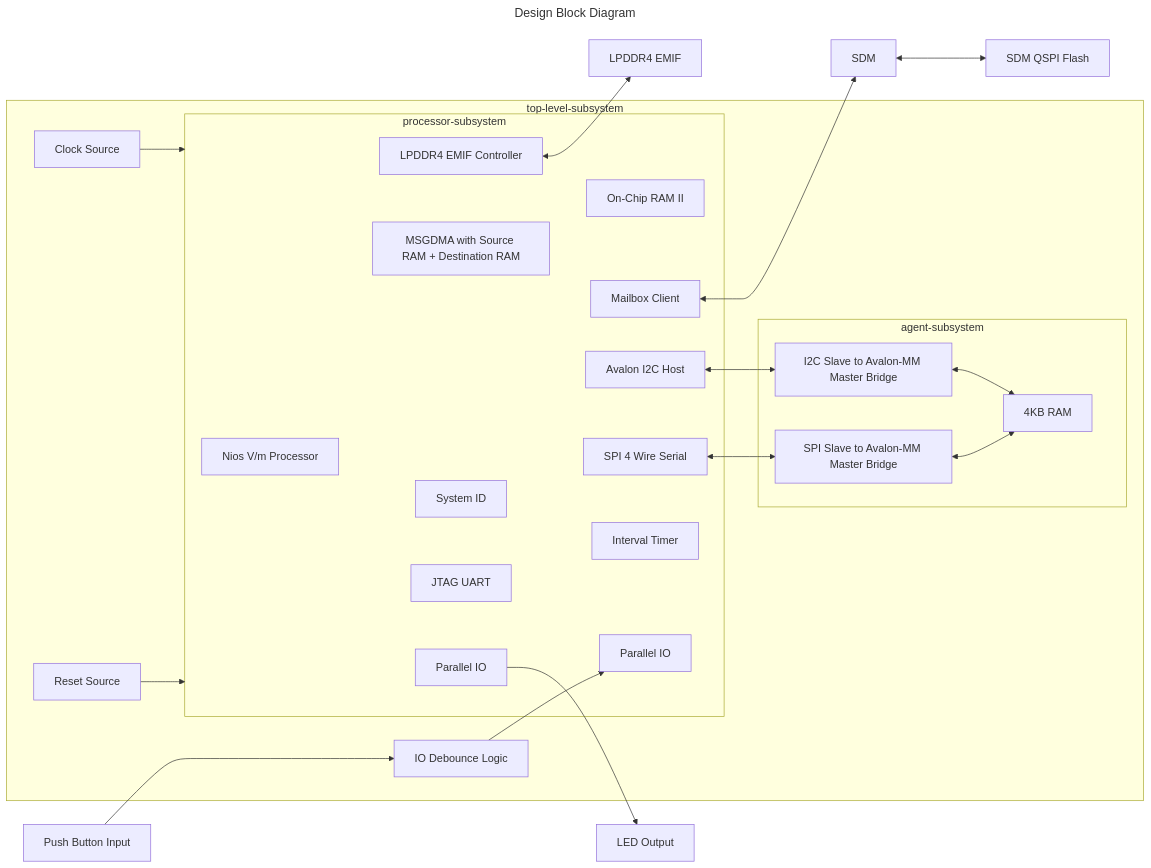
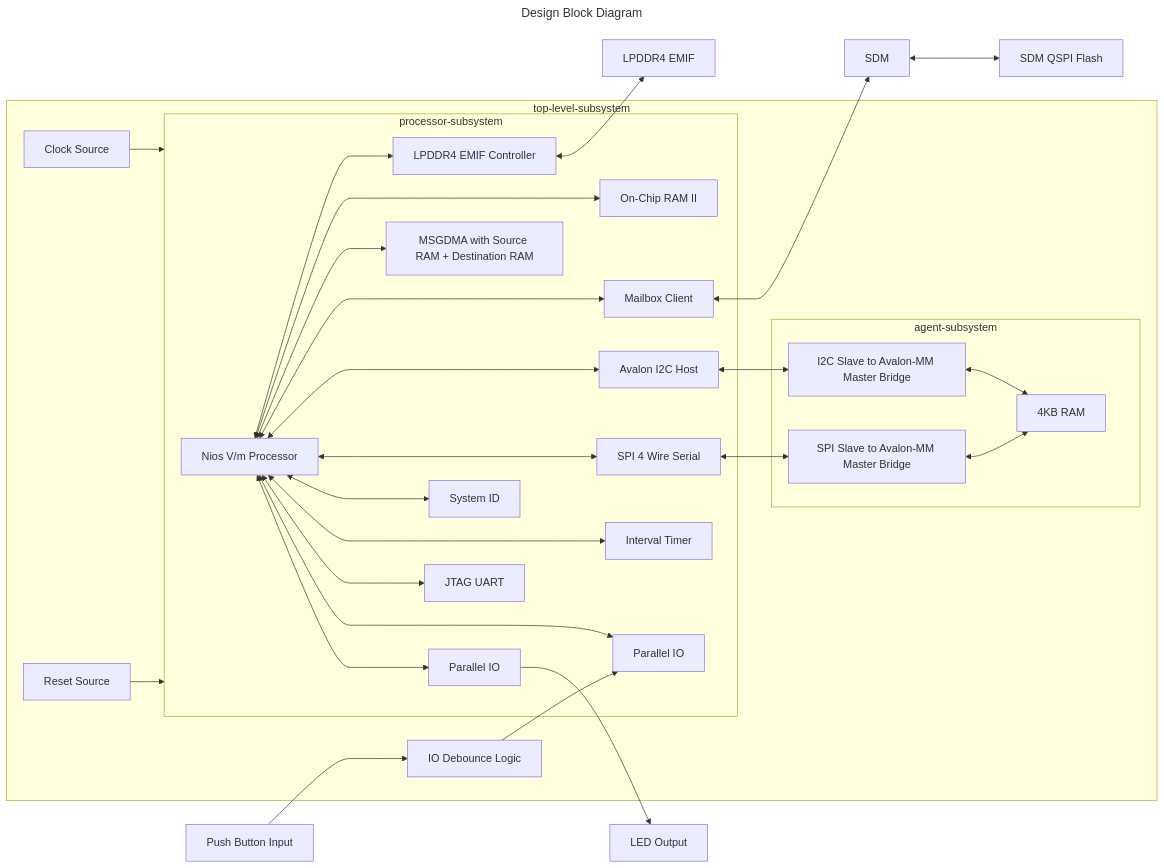
The second of 2 diagrams in docs/embedded-designs/agilex-5/e-series/premium/niosv/niosv_m/niosv_m_full_feature_ghrd/ug-full-feature-ghrd-agx5e-premium.md (altera-fpga/altera-fpga.github.io), drawn with Mermaid before and after one commit. The commit also changed 230 other files, not shown here.

````diff
--- a/docs/embedded-designs/agilex-5/e-series/premium/niosv/niosv_m/niosv_m_full_feature_ghrd/ug-full-feature-ghrd-agx5e-premium.md
+++ b/docs/embedded-designs/agilex-5/e-series/premium/niosv/niosv_m/niosv_m_full_feature_ghrd/ug-full-feature-ghrd-agx5e-premium.md
@@ -82,48 +82,48 @@
 ```mermaid 
 ---
 title: Design Block Diagram
 config:
   flowchart:
 ---
 
 flowchart LR
     W[LPDDR4 EMIF]
     U[SDM QSPI Flash]
     T[LED Output]
     S[Push Button Input]
     V[SDM]
 subgraph top-level-subsystem
     Z[Clock Source]
     Y[Reset Source]
     X[IO Debounce Logic]
 subgraph processor-subsystem
     A[Nios V/m Processor]
-    A ~~~ G[LPDDR4 EMIF Controller]
-    A ~~~~ C[On-Chip RAM II]
-    A ~~~ H[MSGDMA with Source RAM + Destination RAM]
-    A ~~~~ K[Mailbox Client]
-    A ~~~~ L[Avalon I2C Host]
-    A ~~~~ M[SPI 4 Wire Serial]
-    A ~~~ F[System ID]
-    A ~~~~ N[Interval Timer]
-    A ~~~ D[JTAG UART]
-    A ~~~~ E[Parallel IO]
-    A ~~~ B[Parallel IO]
+    A <---> G[LPDDR4 EMIF Controller]
+    A <----> C[On-Chip RAM II]
+    A <---> H[MSGDMA with Source RAM + Destination RAM]
+    A <----> K[Mailbox Client]
+    A <----> L[Avalon I2C Host]
+    A <----> M[SPI 4 Wire Serial]
+    A <---> F[System ID]
+    A <----> N[Interval Timer]
+    A <---> D[JTAG UART]
+    A <----> E[Parallel IO]
+    A <---> B[Parallel IO]
 end
 subgraph agent-subsystem
     O[I2C Slave to Avalon-MM Master Bridge]
     P[SPI Slave to Avalon-MM Master Bridge]
     O & P <--> Q[4KB RAM]
 end
 end
 Z --> processor-subsystem
 Y --> processor-subsystem
 X --> E
 B --> T
 S ---> X
 G <--> W
 K <--> V
 V <--> U 
 L <--> O
 M <--> P 
 ```
````
